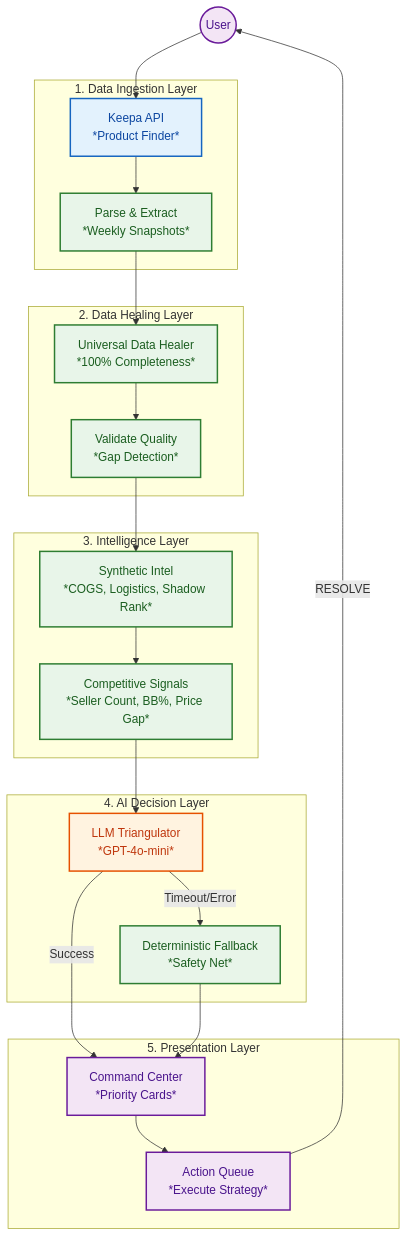
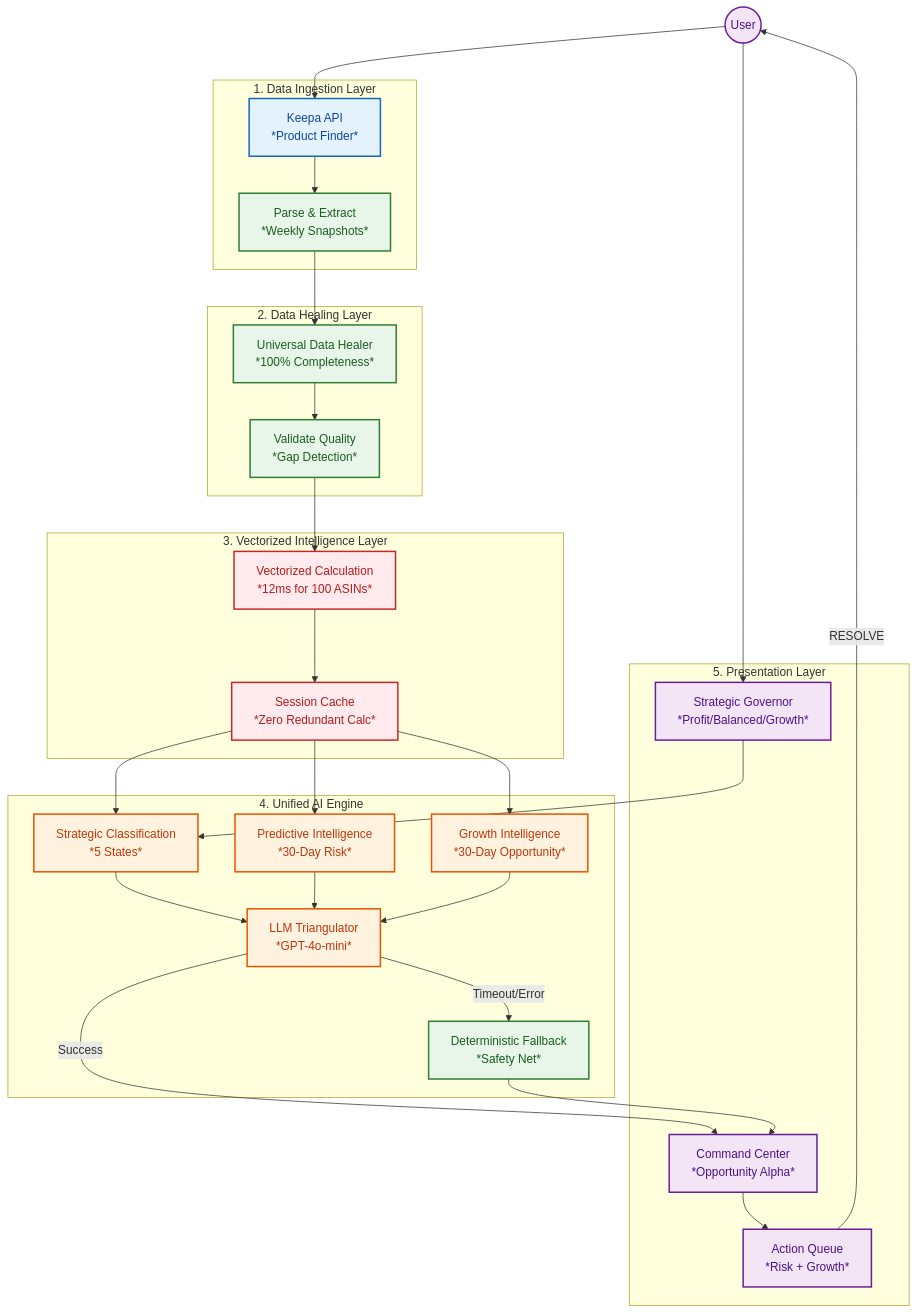
Before and after one commit to jshuck0/ShelfGuard: the diagram in README.md, drawn with Mermaid. The commit also changed other lines of this file and 3 other files, not shown here.

````diff
--- a/README.md
+++ b/README.md
@@ -117,50 +169,62 @@
 ```mermaid
 graph TD
     %% --- STYLING ---
     classDef source fill:#e3f2fd,stroke:#1565c0,stroke-width:2px,color:#0d47a1;
     classDef process fill:#e8f5e9,stroke:#2e7d32,stroke-width:2px,color:#1b5e20;
     classDef ai fill:#fff3e0,stroke:#e65100,stroke-width:2px,color:#bf360c;
     classDef ui fill:#f3e5f5,stroke:#6a1b9a,stroke-width:2px,color:#4a148c;
+    classDef perf fill:#ffebee,stroke:#c62828,stroke-width:2px,color:#b71c1c;
 
     %% --- NODES ---
     USER((User)):::ui
     
     subgraph "1. Data Ingestion Layer"
         KEEPA[Keepa API<br/>*Product Finder*]:::source
         PARSE[Parse & Extract<br/>*Weekly Snapshots*]:::process
     end
 
     subgraph "2. Data Healing Layer"
         HEALER[Universal Data Healer<br/>*100% Completeness*]:::process
         VALIDATE[Validate Quality<br/>*Gap Detection*]:::process
     end
 
-    subgraph "3. Intelligence Layer"
-        SYNTHETIC[Synthetic Intel<br/>*COGS, Logistics, Shadow Rank*]:::process
-        SIGNALS[Competitive Signals<br/>*Seller Count, BB%, Price Gap*]:::process
+    subgraph "3. Vectorized Intelligence Layer"
+        VECTORIZE[Vectorized Calculation<br/>*12ms for 100 ASINs*]:::perf
+        CACHE[Session Cache<br/>*Zero Redundant Calc*]:::perf
     end
 
-    subgraph "4. AI Decision Layer"
+    subgraph "4. Unified AI Engine"
+        STRATEGIC[Strategic Classification<br/>*5 States*]:::ai
+        PREDICTIVE[Predictive Intelligence<br/>*30-Day Risk*]:::ai
+        GROWTH[Growth Intelligence<br/>*30-Day Opportunity*]:::ai
         LLM[LLM Triangulator<br/>*GPT-4o-mini*]:::ai
         FALLBACK[Deterministic Fallback<br/>*Safety Net*]:::process
     end
 
     subgraph "5. Presentation Layer"
-        CMD[Command Center<br/>*Priority Cards*]:::ui
-        QUEUE[Action Queue<br/>*Execute Strategy*]:::ui
+        GOVERNOR[Strategic Governor<br/>*Profit/Balanced/Growth*]:::ui
+        CMD[Command Center<br/>*Opportunity Alpha*]:::ui
+        QUEUE[Action Queue<br/>*Risk + Growth*]:::ui
     end
 
     %% --- FLOWS ---
     USER --> KEEPA
     KEEPA --> PARSE
     PARSE --> HEALER
     HEALER --> VALIDATE
-    VALIDATE --> SYNTHETIC
-    SYNTHETIC --> SIGNALS
-    SIGNALS --> LLM
+    VALIDATE --> VECTORIZE
+    VECTORIZE --> CACHE
+    CACHE --> STRATEGIC
+    CACHE --> PREDICTIVE
+    CACHE --> GROWTH
+    STRATEGIC --> LLM
+    PREDICTIVE --> LLM
+    GROWTH --> LLM
     LLM -->|Success| CMD
     LLM -->|Timeout/Error| FALLBACK
     FALLBACK --> CMD
+    USER --> GOVERNOR
+    GOVERNOR --> STRATEGIC
     CMD --> QUEUE
     QUEUE -->|RESOLVE| USER
 ```
````
